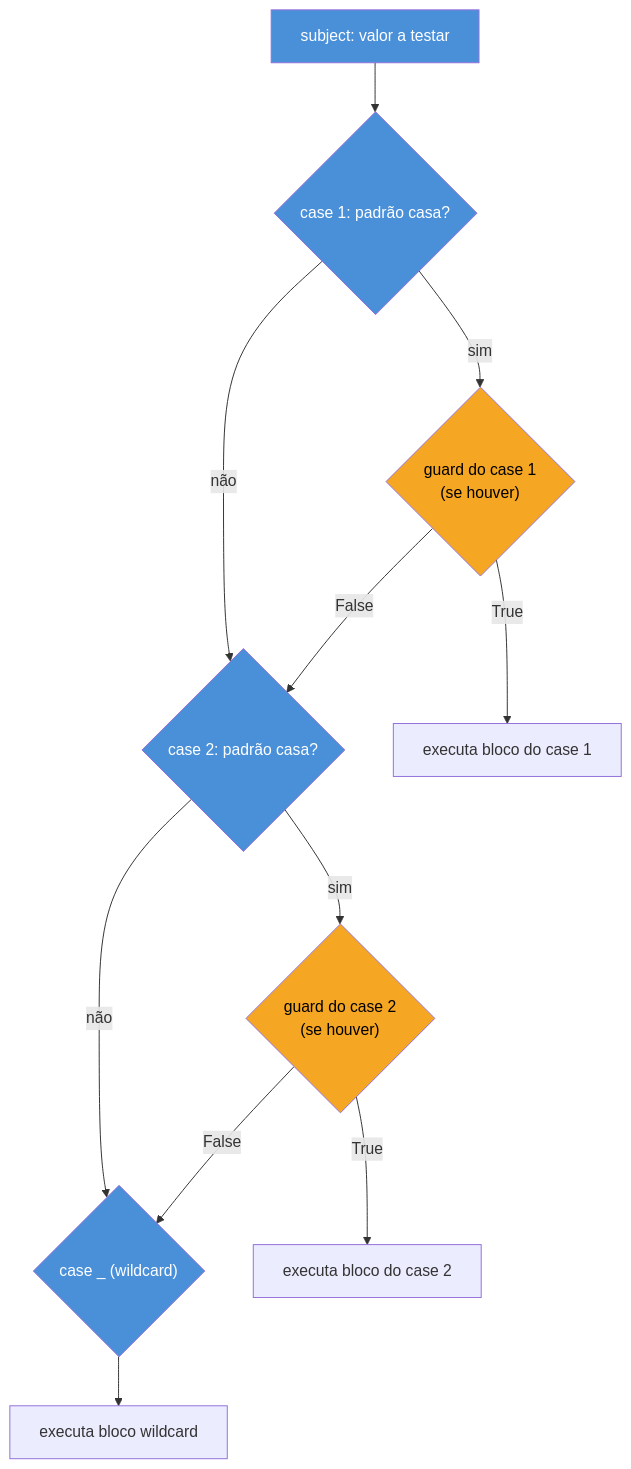
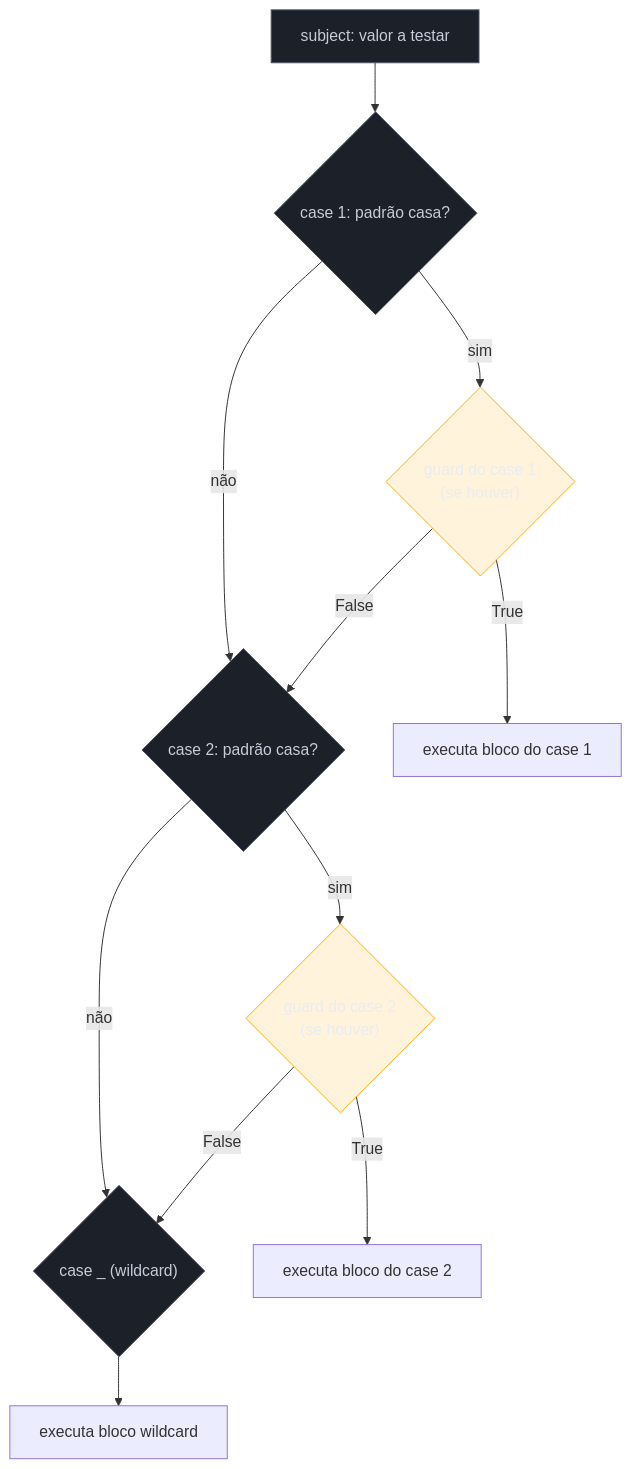
The diagram in 03-Dominios/Tecnologia/Python/Core/04 - Controle de fluxo — if-elif-else e match-case.md (josenaldo/codex-technomanticus), drawn with Mermaid before and after one commit. The commit also changed 1181 other files, not shown here.

First line of the commit message:
fix(diagramas): paleta do sistema no lugar de cor cravada no markdown

````diff
--- a/03-Dominios/Tecnologia/Python/Core/04 - Controle de fluxo — if-elif-else e match-case.md
+++ b/03-Dominios/Tecnologia/Python/Core/04 - Controle de fluxo — if-elif-else e match-case.md
@@ -336,20 +336,22 @@
 ```mermaid
 flowchart TD
+    classDef neutro fill:#1B2029,stroke:#4E5666,color:#C6CCD8
+    classDef destaque fill:#FFAA0024,stroke:#FFAA00,color:#E9ECF2
     subj["subject: valor a testar"] --> c1{"case 1: padrão casa?"}
     c1 -->|não| c2{"case 2: padrão casa?"}
     c1 -->|sim| g1{"guard do case 1<br/>(se houver)"}
     g1 -->|True| exec1["executa bloco do case 1"]
     g1 -->|False| c2
     c2 -->|não| c3{"case _ (wildcard)"}
     c2 -->|sim| g2{"guard do case 2<br/>(se houver)"}
     g2 -->|True| exec2["executa bloco do case 2"]
     g2 -->|False| c3
     c3 --> execW["executa bloco wildcard"]
 
-    style subj fill:#4A90D9,color:#fff
-    style g1 fill:#F5A623,color:#000
-    style g2 fill:#F5A623,color:#000
-    style c1 fill:#4A90D9,color:#fff
-    style c2 fill:#4A90D9,color:#fff
-    style c3 fill:#4A90D9,color:#fff
+    class subj neutro
+    class g1 destaque
+    class g2 destaque
+    class c1 neutro
+    class c2 neutro
+    class c3 neutro
 ```
````
